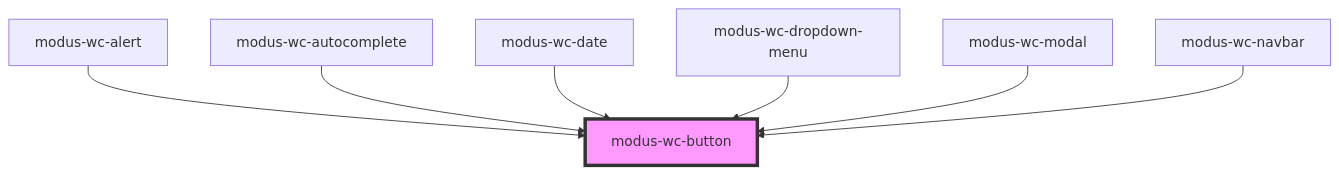
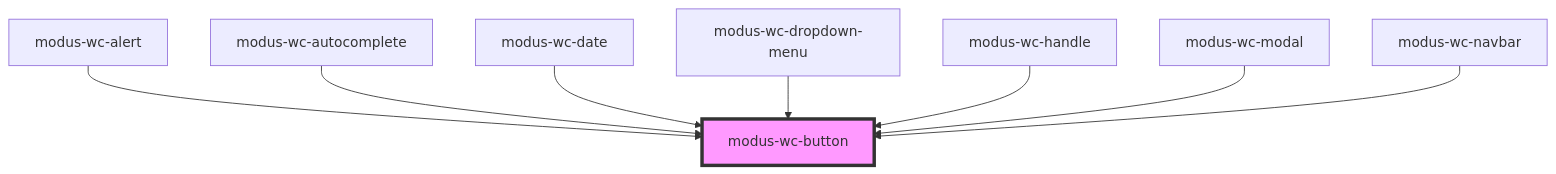
Before and after one commit to trimble-oss/modus-wc-2.0: the diagram in src/components/modus-wc-button/readme.md, drawn with Mermaid. The commit also changed other lines of this file and 14 other files, not shown here.

````diff
--- a/src/components/modus-wc-button/readme.md
+++ b/src/components/modus-wc-button/readme.md
@@ -46,10 +47,11 @@
 ```mermaid
 graph TD;
   modus-wc-alert --> modus-wc-button
   modus-wc-autocomplete --> modus-wc-button
   modus-wc-date --> modus-wc-button
   modus-wc-dropdown-menu --> modus-wc-button
+  modus-wc-handle --> modus-wc-button
   modus-wc-modal --> modus-wc-button
   modus-wc-navbar --> modus-wc-button
   style modus-wc-button fill:#f9f,stroke:#333,stroke-width:4px
 ```
````
